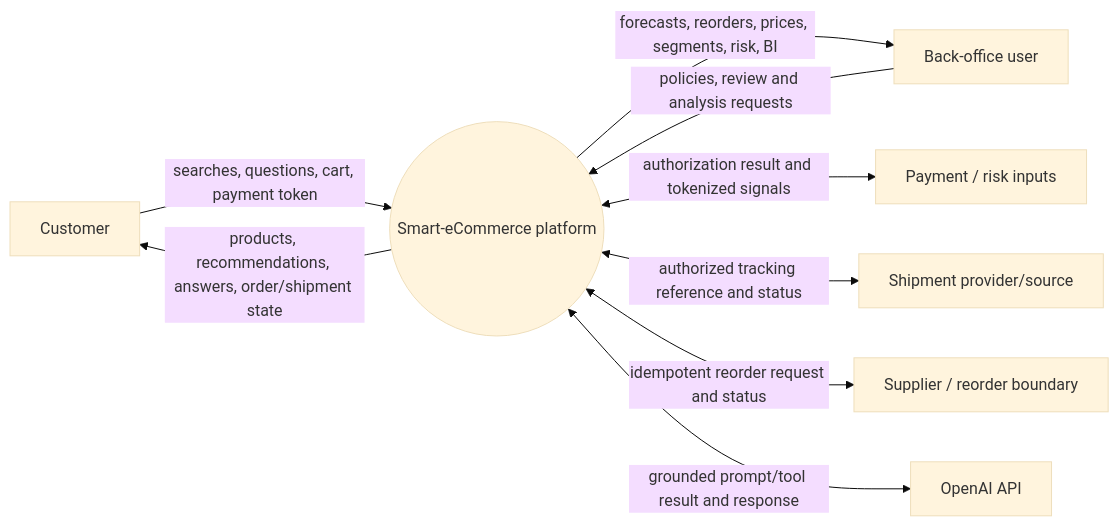
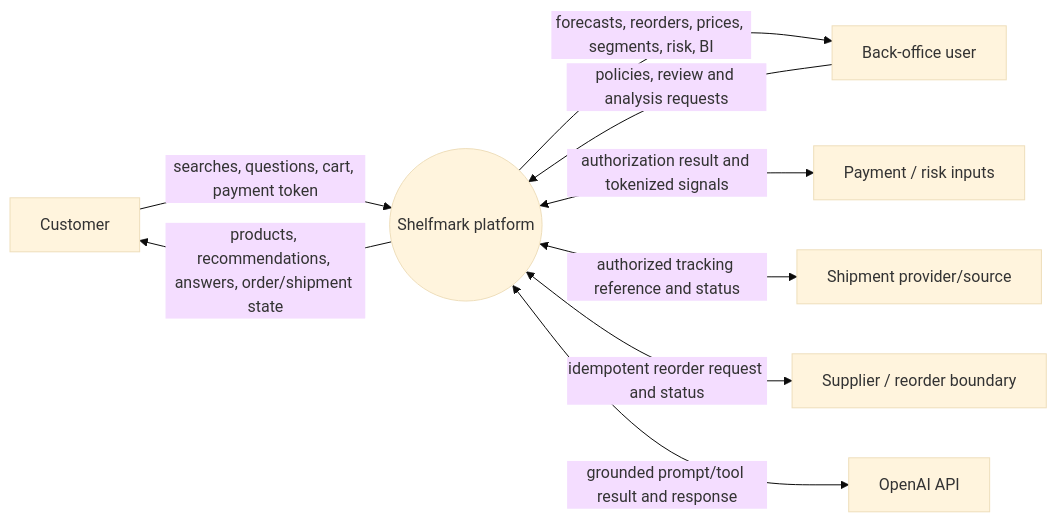
Before and after one commit to adham-samir/shelfmark: the first of 2 diagrams in docs/diagrams/data-flow.md, drawn with Mermaid (base theme). The commit also changed 15 other files, not shown here.

````diff
--- a/docs/diagrams/data-flow.md
+++ b/docs/diagrams/data-flow.md
@@ -5,19 +5,19 @@
 ```mermaid
 flowchart LR
     customer[Customer]
     operator[Back-office user]
-    platform((Smart-eCommerce platform))
+    platform((Shelfmark platform))
     payment[Payment / risk inputs]
     shipment[Shipment provider/source]
     supplier[Supplier / reorder boundary]
     openai[OpenAI API]
 
     customer -->|searches, questions, cart, payment token| platform
     platform -->|products, recommendations, answers, order/shipment state| customer
     operator -->|policies, review and analysis requests| platform
     platform -->|forecasts, reorders, prices, segments, risk, BI| operator
     platform <-->|authorization result and tokenized signals| payment
     platform <-->|authorized tracking reference and status| shipment
     platform <-->|idempotent reorder request and status| supplier
     platform <-->|grounded prompt/tool result and response| openai
 ```
````
